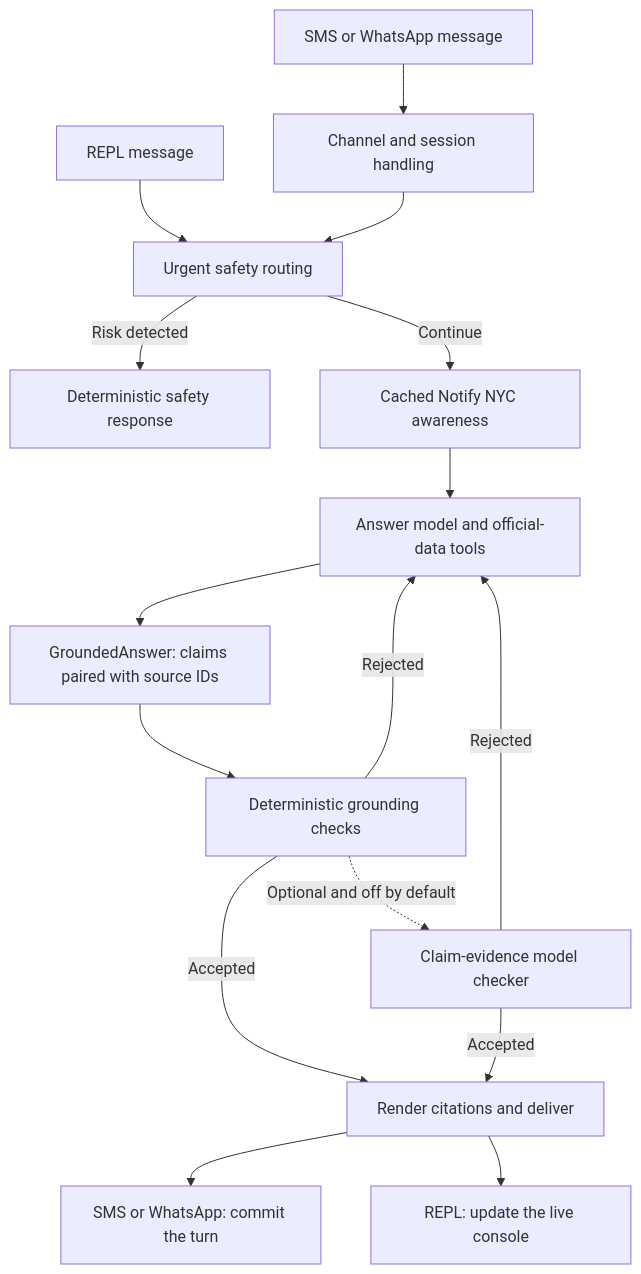
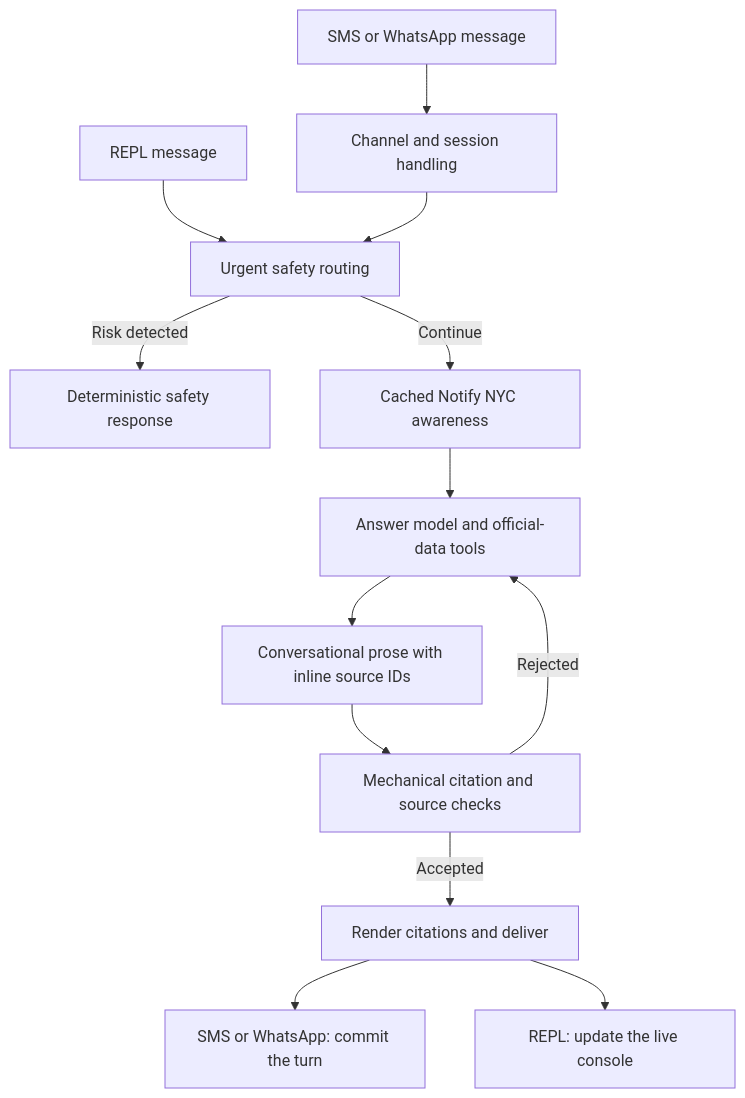
The diagram in README.md (shayantist/HeyNYC), drawn with Mermaid before and after one commit. The commit also changed other lines of this file and 28 other files, not shown here.

First line of the commit message:
refactor(runtime): generate conversational cited prose

````diff
--- a/README.md
+++ b/README.md
@@ -111,18 +111,15 @@
 ```mermaid
 flowchart TD
     A["SMS or WhatsApp message"] --> B["Channel and session handling"]
     R["REPL message"] --> C
     B --> C["Urgent safety routing"]
     C -->|Risk detected| D["Deterministic safety response"]
     C -->|Continue| E["Cached Notify NYC awareness"]
     E --> F["Answer model and official-data tools"]
-    F --> G["GroundedAnswer: claims paired with source IDs"]
-    G --> H["Deterministic grounding checks"]
+    F --> G["Conversational prose with inline source IDs"]
+    G --> H["Mechanical citation and source checks"]
     H -->|Rejected| F
     H -->|Accepted| I["Render citations and deliver"]
-    H -. "Optional and off by default" .-> J["Claim-evidence model checker"]
-    J -->|Rejected| F
-    J -->|Accepted| I
     I --> K["SMS or WhatsApp: commit the turn"]
     I --> L["REPL: update the live console"]
 ```
````
